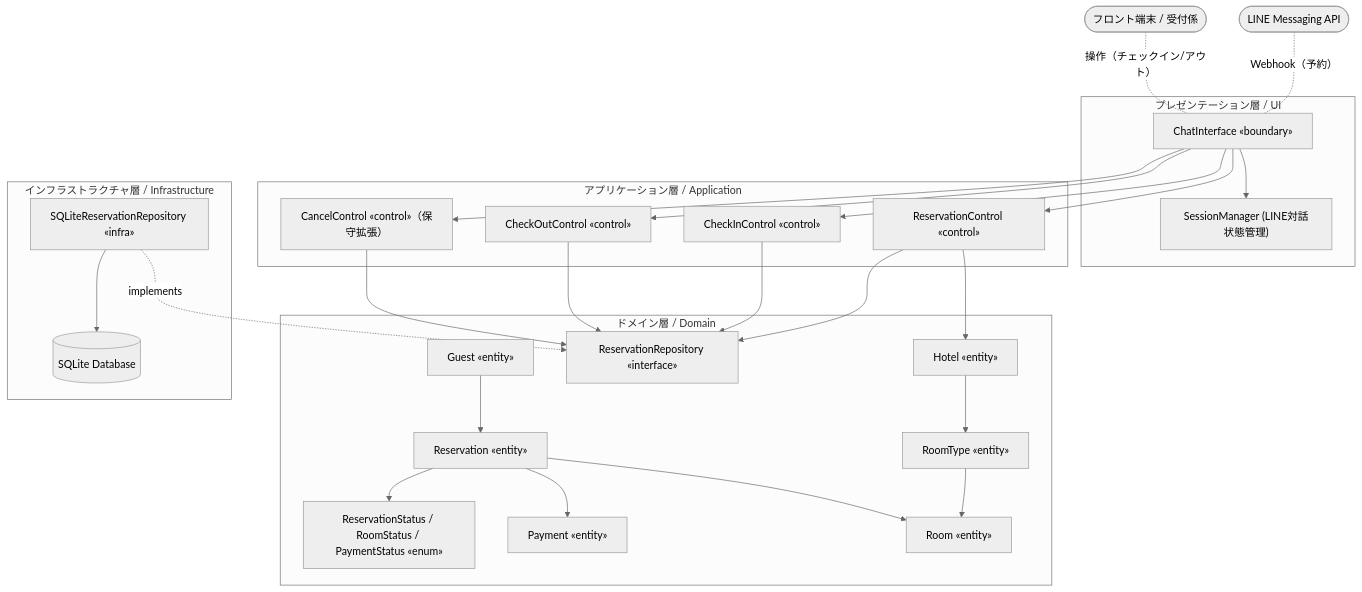
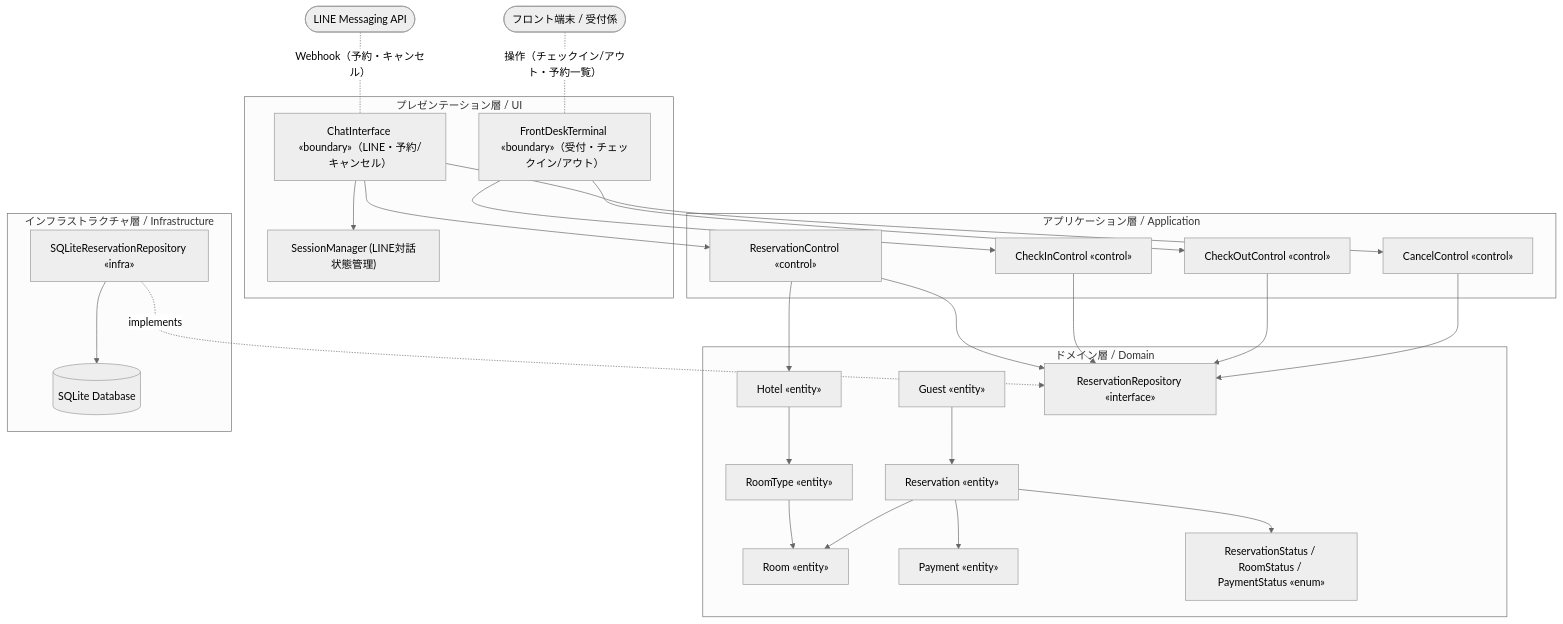
One commit to Kohki-tyl/HRS changed the first of 3 diagrams in Architecture.md. Above: the diagram before and after it, drawn with Mermaid (neutral theme). The commit also changed other lines of this file and 2 other files, not shown here.

````diff
--- a/Architecture.md
+++ b/Architecture.md
@@ -16,56 +16,57 @@
 ```mermaid
 flowchart TD
     LINE([LINE Messaging API]):::ext
     FRONT([フロント端末 / 受付係]):::ext
 
     subgraph P[プレゼンテーション層 / UI]
-        CI["ChatInterface «boundary»"]
+        CI["ChatInterface «boundary»（LINE・予約/キャンセル）"]
+        FD["FrontDeskTerminal «boundary»（受付・チェックイン/アウト）"]
         SM["SessionManager (LINE対話状態管理)"]
     end
     subgraph A[アプリケーション層 / Application]
         RC["ReservationControl «control»"]
         KC["CheckInControl «control»"]
         OC["CheckOutControl «control»"]
-        CC["CancelControl «control»（保守拡張）"]
+        CC["CancelControl «control»"]
     end
     subgraph D[ドメイン層 / Domain]
         GU["Guest «entity»"]
         HT["Hotel «entity»"]
         RT["RoomType «entity»"]
         RM["Room «entity»"]
         RV["Reservation «entity»"]
         PM["Payment «entity»"]
         EN["ReservationStatus / RoomStatus / PaymentStatus «enum»"]
         REPO_IF["ReservationRepository «interface»"]
     end
     subgraph I[インフラストラクチャ層 / Infrastructure]
         REPO_IMPL["SQLiteReservationRepository «infra»"]
         DB[(SQLite Database)]:::ext
     end
 
-    LINE -. Webhook（予約） .- CI
-    FRONT -. 操作（チェックイン/アウト） .- CI
+    LINE -. Webhook（予約・キャンセル） .- CI
+    FRONT -. 操作（チェックイン/アウト・予約一覧） .- FD
     CI --> SM
     CI --> RC
-    CI --> KC
-    CI --> OC
     CI --> CC
+    FD --> KC
+    FD --> OC
 
     RC --> HT
     RC --> REPO_IF
     KC --> REPO_IF
     OC --> REPO_IF
     CC --> REPO_IF
 
     HT --> RT
     RT --> RM
     RV --> RM
     RV --> PM
     RV --> EN
     GU --> RV
 
     REPO_IMPL -. implements .-> REPO_IF
     REPO_IMPL --> DB
 
     classDef ext fill:#eee,stroke:#999;
 ```
````
